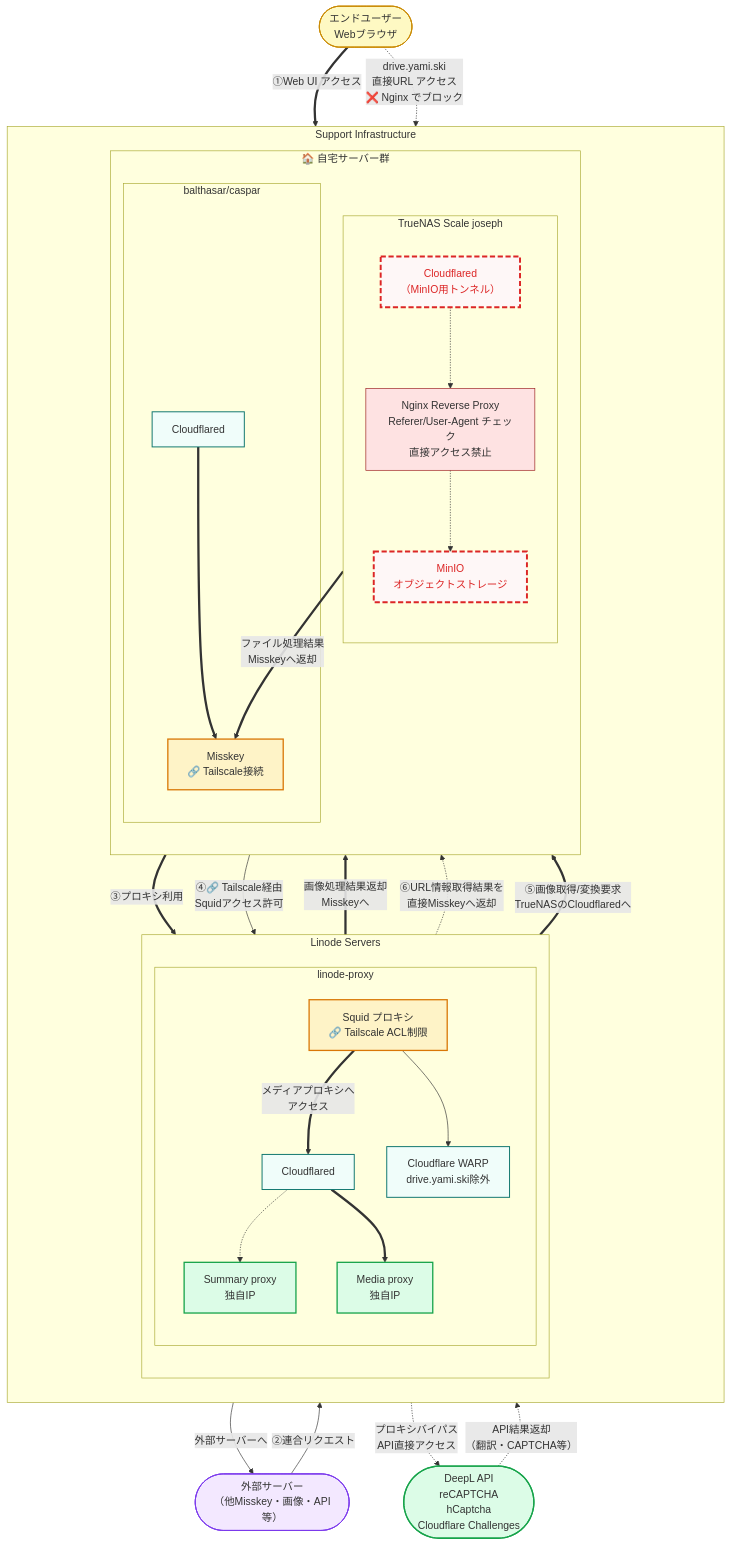
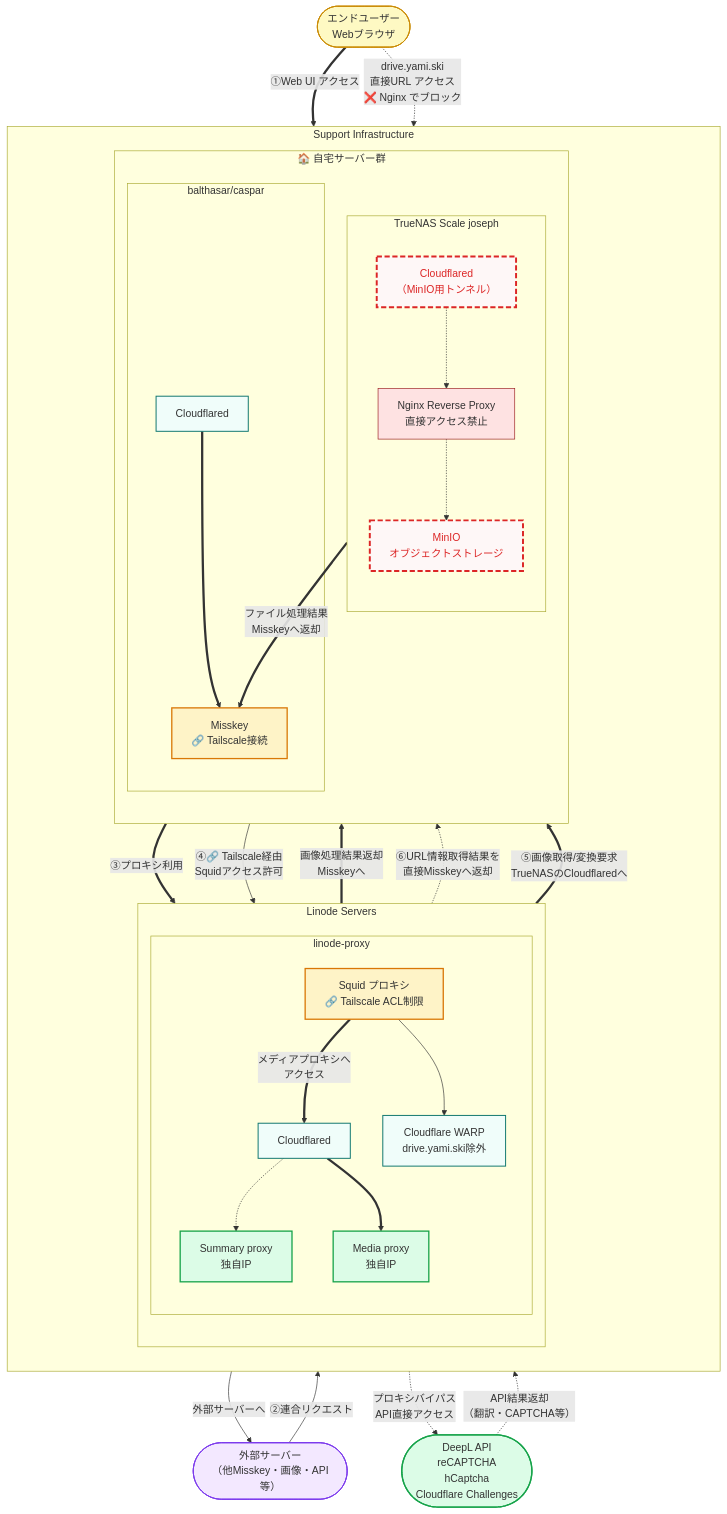
Before and after one commit to yamisskey-dev/hosted-list: the fifth of 5 diagrams in README.md, drawn with Mermaid.

````diff
--- a/README.md
+++ b/README.md
@@ -444,82 +444,82 @@
 ```mermaid
 graph TB
 classDef homeServer fill:#e2e8f0,stroke:#334155,stroke-width:2px
 classDef service fill:#f8fafc,stroke:#64748b,stroke-width:1px
 classDef security fill:#fee2e2,stroke:#991b1b,stroke-width:1px
 classDef cloudflare fill:#f0fdfa,stroke:#0f766e,stroke-width:1.5px
 classDef user fill:#fef9c3,stroke:#ca8a04,stroke-width:1.5px
 classDef federation fill:#f3e8ff,stroke:#7c3aed,stroke-width:1.5px
 classDef excludeHome fill:#fef7f7,stroke:#dc2626,stroke-width:3px,stroke-dasharray: 8 4,color:#dc2626
 classDef direct fill:#dcfce7,stroke:#16a34a,stroke-width:2px
 classDef tailscale fill:#fef3c7,stroke:#d97706,stroke-width:2px
 
 %% External actors
 enduser([エンドユーザー<br/>Webブラウザ]):::user
 external_servers([外部サーバー<br/>（他Misskey・画像・API等）]):::federation
 bypass_services([DeepL API<br/>reCAPTCHA<br/>hCaptcha<br/>Cloudflare Challenges]):::direct
 
 subgraph support[Support Infrastructure]
     direction TB
     
     subgraph linode[Linode Servers]
         direction TB
         subgraph proxy[linode-proxy]
             summaryproxy[Summary proxy<br/>独自IP]:::direct
             mediaproxy[Media proxy<br/>独自IP]:::direct
             squid[Squid プロキシ<br/>🔗 Tailscale ACL制限]:::tailscale
             warp[Cloudflare WARP<br/>drive.yami.ski除外]:::cloudflare
             cloudflared_p[Cloudflared]:::cloudflare
         end
     end
     
     subgraph homeservers[🏠 自宅サーバー群]
         direction TB
         subgraph balthasar_caspar[balthasar/caspar]
             yamisskey[Misskey<br/>🔗 Tailscale接続]:::tailscale
             cloudflared_bc[Cloudflared]:::cloudflare
         end
         
         subgraph truenas[TrueNAS Scale joseph]
             direction TB
-            nginx_minio[Nginx Reverse Proxy<br/>Referer/User-Agent チェック<br/>直接アクセス禁止]:::security
+            nginx_minio[Nginx Reverse Proxy<br/>直接アクセス禁止]:::security
             minio[MinIO<br/>オブジェクトストレージ]:::excludeHome
             cloudflared_home[Cloudflared<br/>（MinIO用トンネル）]:::excludeHome
         end
     end
 end
 
 %% エンドユーザーのアクセス経路（太線）
 enduser ==>|"①Web UI アクセス"| cloudflared_bc
 cloudflared_bc ==> yamisskey
 
 %% 外部サーバーからの連合リクエスト（通常線）
 external_servers -->|"②連合リクエスト"| cloudflared_bc
 
 %% Misskeyサーバーからプロキシへの内部リクエスト（MediaProxyのみ太線）
 yamisskey ==>|"③プロキシ利用"| cloudflared_p
 cloudflared_p ==> mediaproxy
 cloudflared_p -.-> summaryproxy
 
 %% === Misskeyのみ Tailscale経由でSquid使用 ===
 yamisskey -->|"④🔗 Tailscale経由<br/>Squidアクセス許可"| squid
 squid --> warp
 
 %% WARPからの分岐
 warp -->|"外部サーバーへ"| external_servers
 squid ==>|"メディアプロキシへ<br/>アクセス"| cloudflared_p
 cloudflared_home -.-> nginx_minio
 nginx_minio -.-> minio
 cloudflared_home ==>|"ファイル処理結果<br/>Misskeyへ返却"| yamisskey
 
 %% === MediaProxy・SummaryProxy のルート修正（MediaProxyのみ太線） ===
 mediaproxy ==>|"⑤画像取得/変換要求<br/>TrueNASのCloudflaredへ"| cloudflared_home
 mediaproxy ==>|"画像処理結果返却<br/>Misskeyへ"| yamisskey
 summaryproxy -.->|"⑥URL情報取得結果を<br/>直接Misskeyへ返却"| yamisskey
 
 %% プロキシバイパス対象（特定APIサービス）
 yamisskey -.->|"プロキシバイパス<br/>API直接アクセス"| bypass_services
 bypass_services -.->|"API結果返却<br/>（翻訳・CAPTCHA等）"| yamisskey
 
 %% 直接URLアクセス（ブロック）
 enduser -.->|"drive.yami.ski<br/>直接URL アクセス<br/>❌ Nginx でブロック"| cloudflared_home
 ```
````
